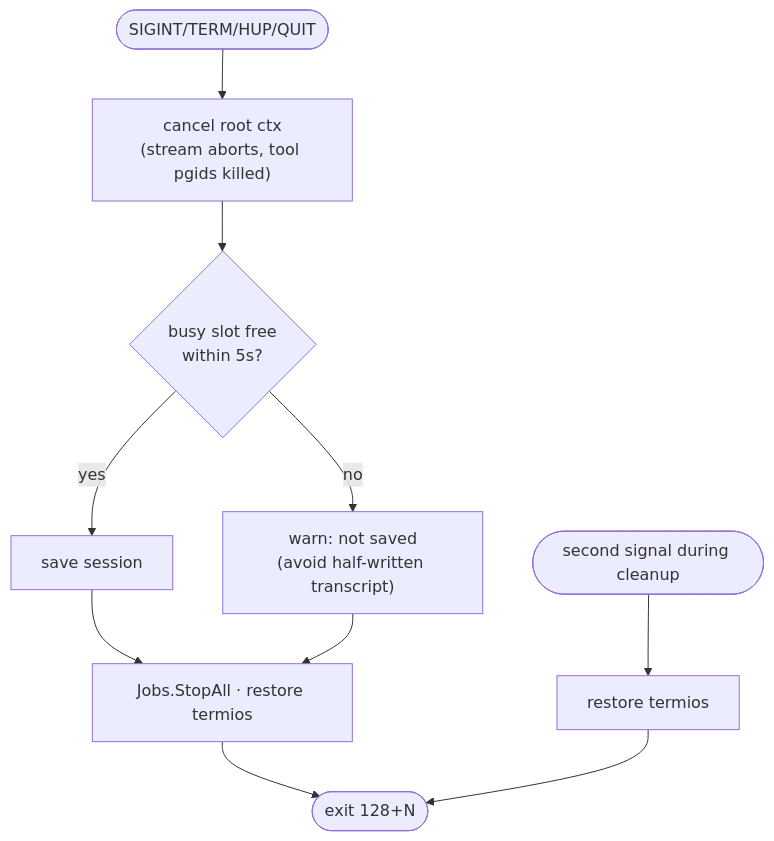
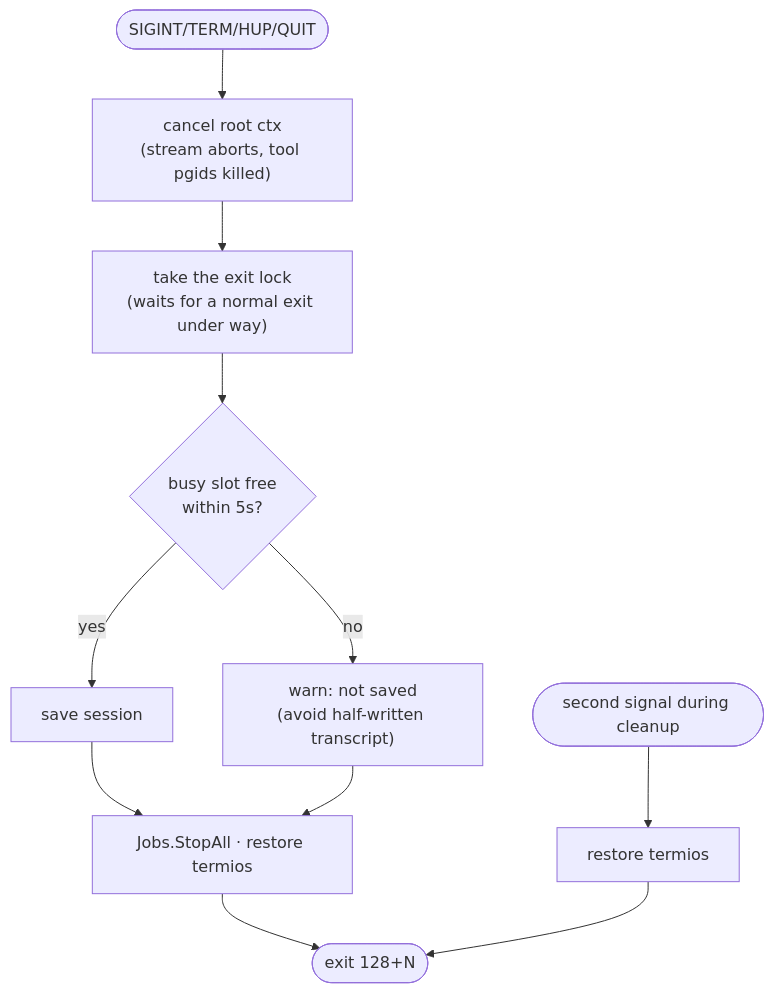
One commit to himanshu-mahendra-jain/hmj-agent changed diagram 13 of 13 in docs/SPEC.md. Above: the diagram before and after it, drawn with Mermaid. The commit also changed other lines of this file and 51 other files, not shown here.

````diff
--- a/docs/SPEC.md
+++ b/docs/SPEC.md
@@ -437,11 +442,12 @@
 ```mermaid
 flowchart TD
     S(["SIGINT/TERM/HUP/QUIT"]) --> A["cancel root ctx<br/>(stream aborts, tool pgids killed)"]
-    A --> B{"busy slot free<br/>within 5s?"}
+    A --> L["take the exit lock<br/>(waits for a normal exit under way)"]
+    L --> B{"busy slot free<br/>within 5s?"}
     B -- yes --> C["save session"]
     B -- no --> C2["warn: not saved<br/>(avoid half-written transcript)"]
     C --> D["Jobs.StopAll · restore termios"]
     C2 --> D
     D --> X(["exit 128+N"])
     S2(["second signal during cleanup"]) --> Y["restore termios"] --> X
 ```
````
